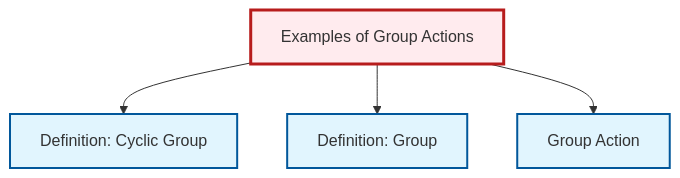
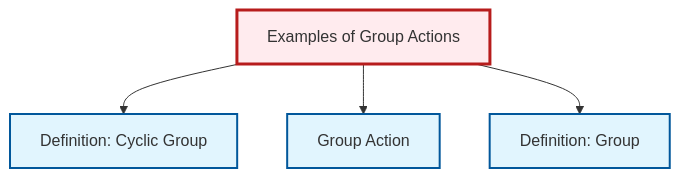
The diagram in content/en/algebra/ex-group-action-examples.qmd (RK0429/ModernMath), drawn with Mermaid before and after one commit. The commit also changed other lines of this file and 360 other files, not shown here.

````diff
--- a/content/en/algebra/ex-group-action-examples.qmd
+++ b/content/en/algebra/ex-group-action-examples.qmd
@@ -73,20 +73,20 @@
 ```{mermaid}
 %%| fig-cap: "Local dependency graph"
 graph TD
     classDef definition fill:#e1f5fe,stroke:#01579b,stroke-width:2px
     classDef theorem fill:#f3e5f5,stroke:#4a148c,stroke-width:2px
     classDef axiom fill:#fff3e0,stroke:#e65100,stroke-width:2px
     classDef example fill:#e8f5e9,stroke:#1b5e20,stroke-width:2px
     classDef current fill:#ffebee,stroke:#b71c1c,stroke-width:3px
     def-group-action["Group Action"]:::definition
+    def-cyclic-group["Definition: Cyclic Group"]:::definition
     ex-group-action-examples["Examples of Group Actions"]:::example
     def-group["Definition: Group"]:::definition
-    def-cyclic-group["Definition: Cyclic Group"]:::definition
     ex-group-action-examples --> def-cyclic-group
+    ex-group-action-examples --> def-group-action
     ex-group-action-examples --> def-group
-    ex-group-action-examples --> def-group-action
     class ex-group-action-examples current
     click def-group-action "def-group-action.html" "Go to Group Action"
+    click def-cyclic-group "def-cyclic-group.html" "Go to Cyclic Group definition"
     click def-group "def-group.html" "Go to Group definition"
-    click def-cyclic-group "def-cyclic-group.html" "Go to Cyclic Group definition"
 ```
````
